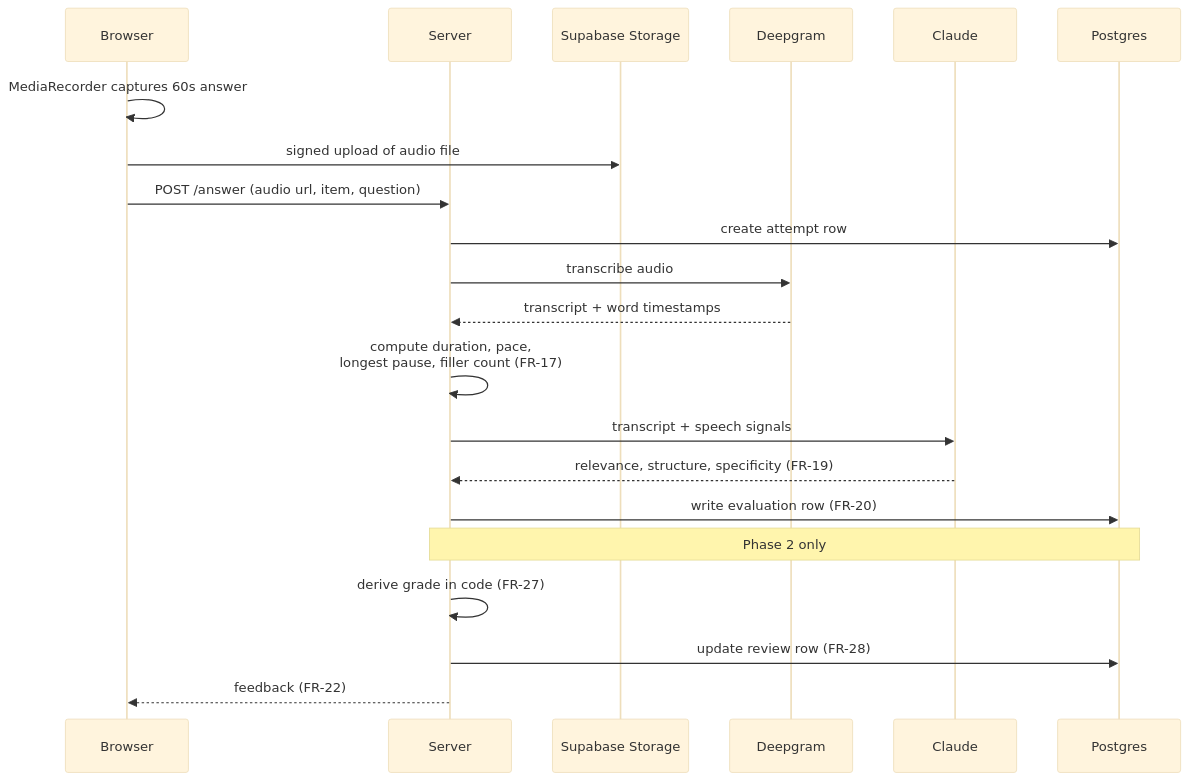
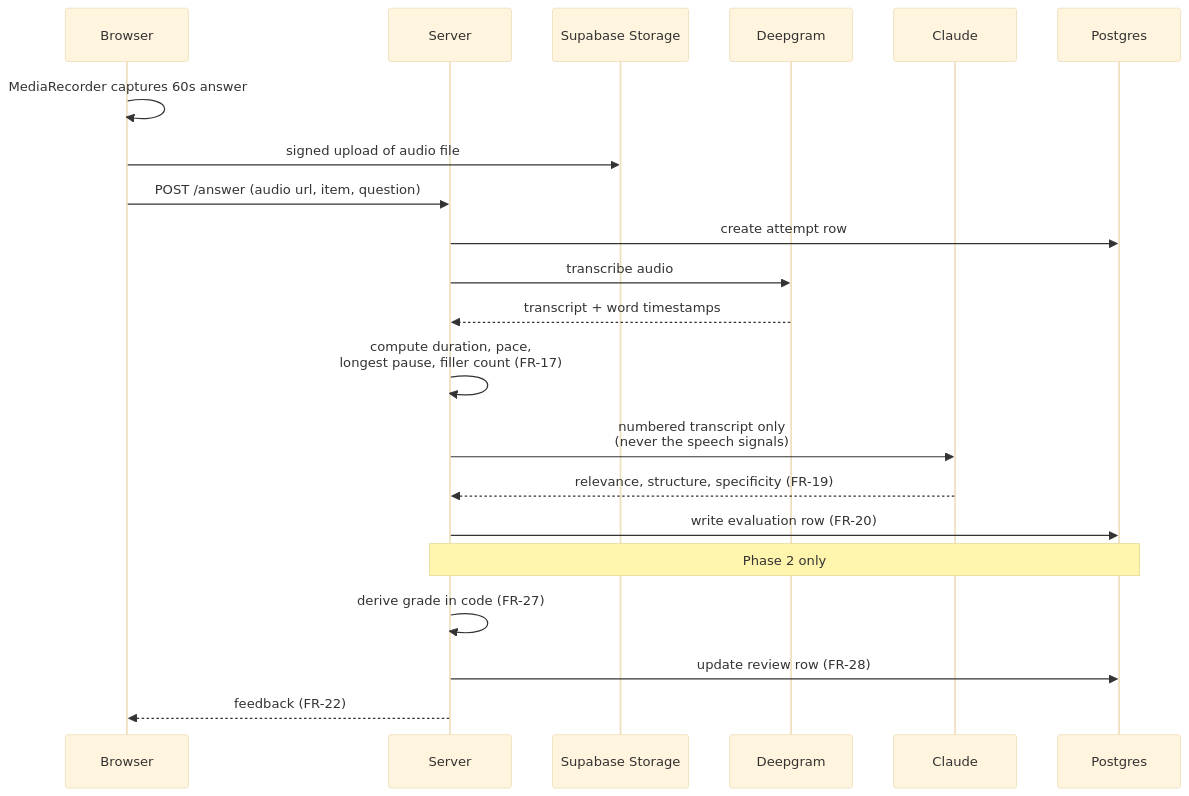
The first of 2 diagrams in docs/02-system-architecture.md (deshanekanayaka/retell), drawn with Mermaid (base theme) before and after one commit. The commit also changed other lines of this file and 32 other files, not shown here.

````diff
--- a/docs/02-system-architecture.md
+++ b/docs/02-system-architecture.md
@@ -75,24 +75,24 @@
 ```mermaid
 sequenceDiagram
     participant B as Browser
     participant S as Server
     participant St as Supabase Storage
     participant D as Deepgram
     participant C as Claude
     participant DB as Postgres
 
     B->>B: MediaRecorder captures 60s answer
     B->>St: signed upload of audio file
     B->>S: POST /answer (audio url, item, question)
     S->>DB: create attempt row
     S->>D: transcribe audio
     D-->>S: transcript + word timestamps
     S->>S: compute duration, pace,<br/>longest pause, filler count (FR-17)
-    S->>C: transcript + speech signals
+    S->>C: numbered transcript only<br/>(never the speech signals)
     C-->>S: relevance, structure, specificity (FR-19)
     S->>DB: write evaluation row (FR-20)
     Note over S,DB: Phase 2 only
     S->>S: derive grade in code (FR-27)
     S->>DB: update review row (FR-28)
     S-->>B: feedback (FR-22)
 ```
````
